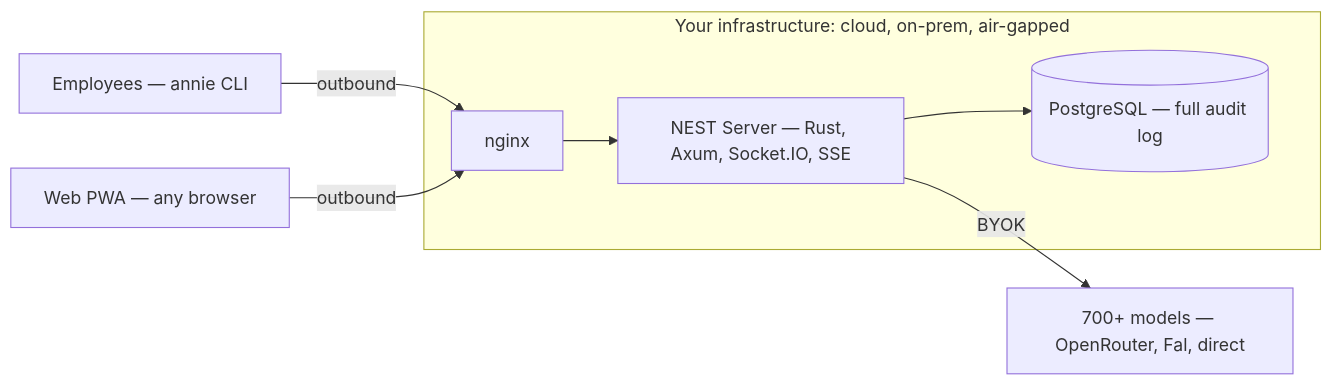
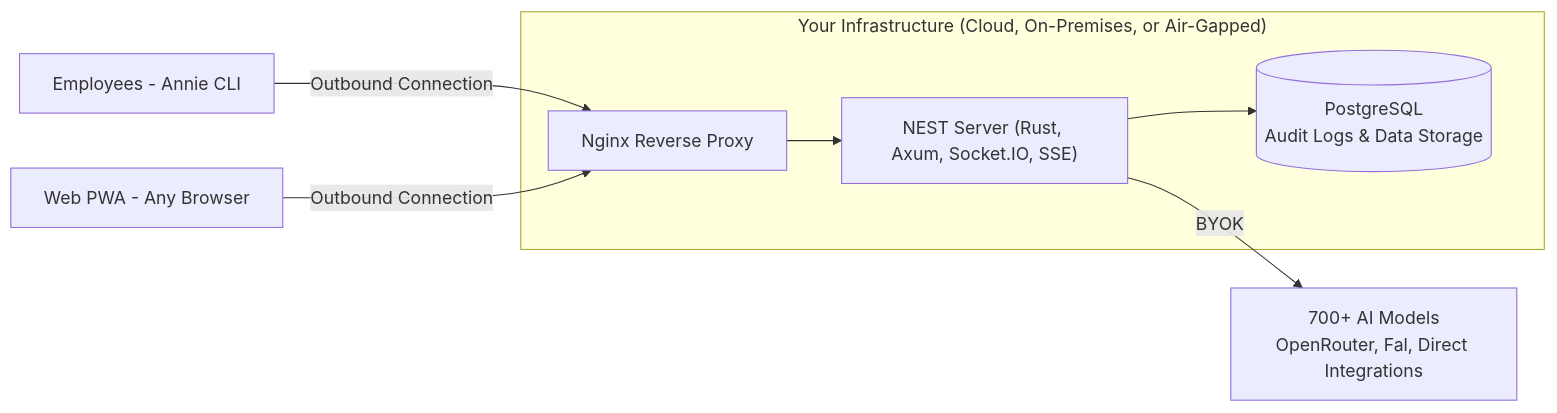
One commit to contextzero/nest_hub changed the diagram in README.md. Above: the diagram before and after it, drawn with Mermaid. The commit also changed other lines of this file and 2 other files, not shown here.

````diff
--- a/README.md
+++ b/README.md
@@ -68,10 +94,12 @@
 ```mermaid
 flowchart LR
-    CLI["Employees — annie CLI"] -->|outbound| NG
-    PWA["Web PWA — any browser"] -->|outbound| NG
-    subgraph infra["Your infrastructure: cloud, on-prem, air-gapped"]
-        NG["nginx"] --> SRV["NEST Server — Rust, Axum, Socket.IO, SSE"]
-        SRV --> DB[("PostgreSQL — full audit log")]
+    CLI["Employees - Annie CLI"] -->|Outbound Connection| NG
+    PWA["Web PWA - Any Browser"] -->|Outbound Connection| NG
+
+    subgraph INFRA["Your Infrastructure (Cloud, On-Premises, or Air-Gapped)"]
+        NG["Nginx Reverse Proxy"] --> SRV["NEST Server (Rust, Axum, Socket.IO, SSE)"]
+        SRV --> DB[("PostgreSQL<br/>Audit Logs & Data Storage")]
     end
-    SRV -->|BYOK| LLM["700+ models — OpenRouter, Fal, direct"]
+
+    SRV -->|BYOK| LLM["700+ AI Models<br/>OpenRouter, Fal, Direct Integrations"]
 ```
````
